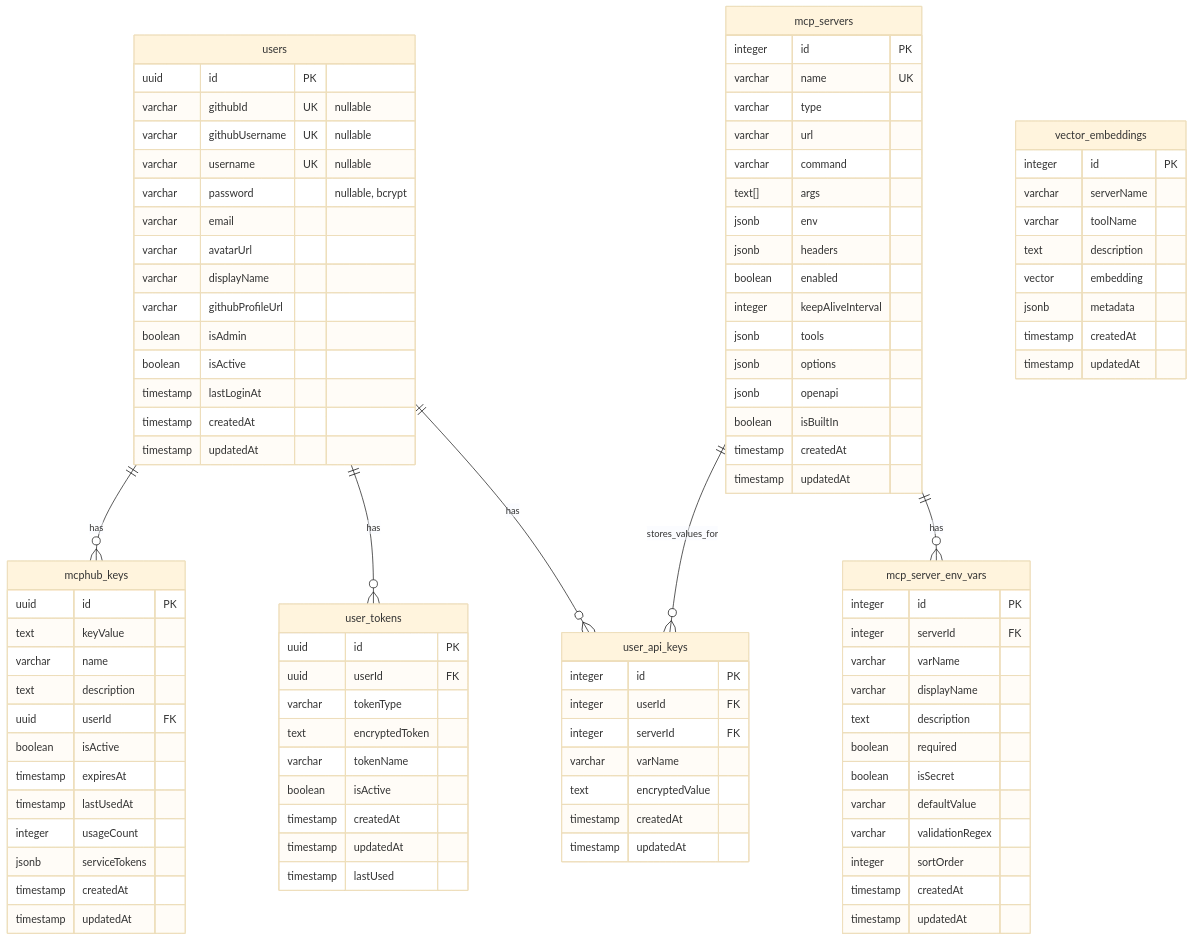
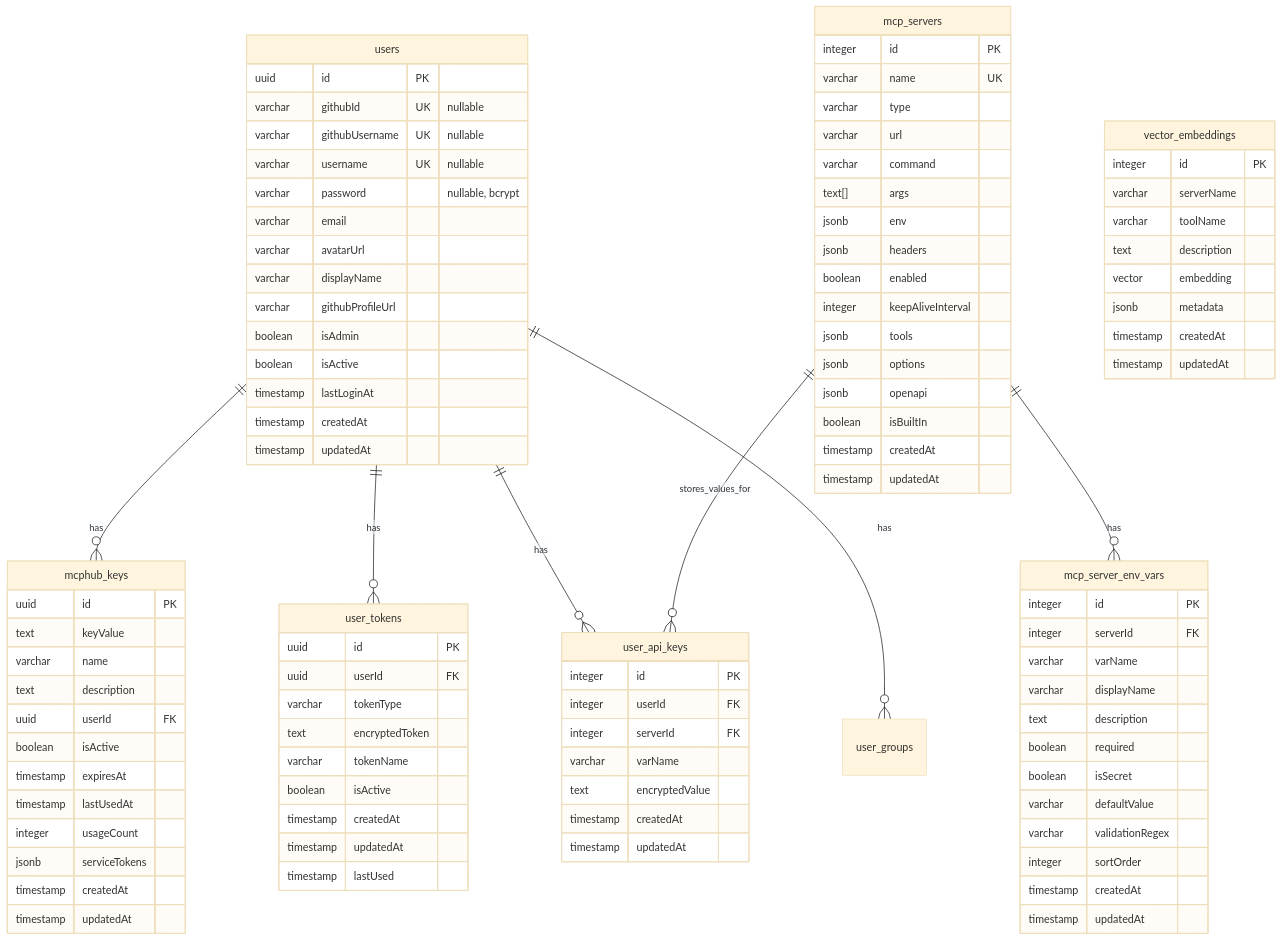
The diagram in docs/database-schema.md (kt-monitoring-poc/mcphub), drawn with Mermaid (base theme) before and after one commit. The commit also changed other lines of this file and 21 other files, not shown here.

```diff
--- a/docs/database-schema.md
+++ b/docs/database-schema.md
@@ -195,6 +215,7 @@
     users ||--o{ mcphub_keys : "has"
     users ||--o{ user_tokens : "has"
     users ||--o{ user_api_keys : "has"
+    users ||--o{ user_groups : "has"
     mcp_servers ||--o{ mcp_server_env_vars : "has"
     mcp_servers ||--o{ user_api_keys : "stores_values_for"
     users {
```
